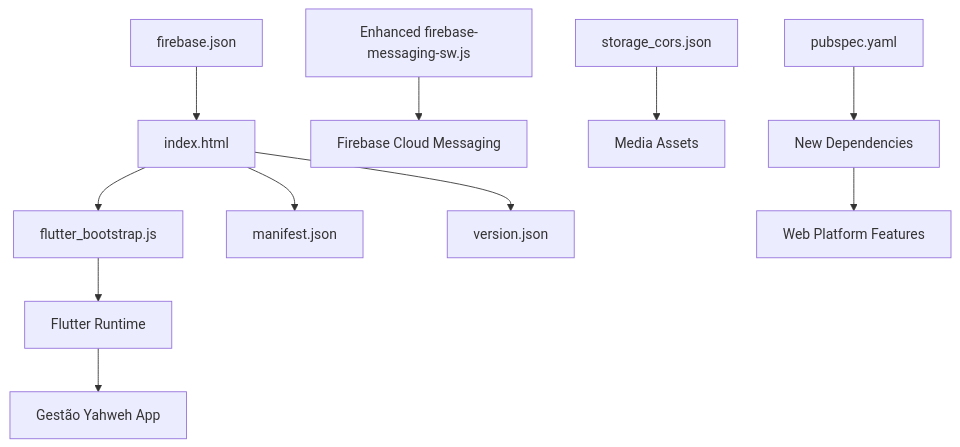
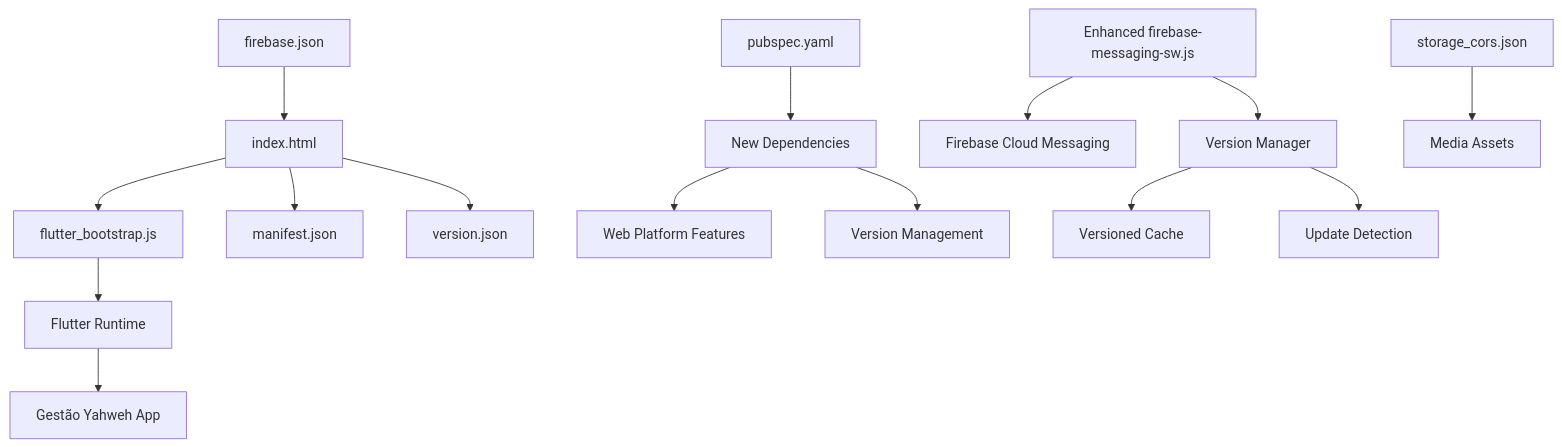
The eighth of 8 diagrams in .qoder/repowiki/en/content/Web Platform/Web Platform.md (raihom-netizen/com.gestaoyahwehios.app), drawn with Mermaid before and after one commit. The commit also changed other lines of this file and 161 other files, not shown here.

````diff
--- a/.qoder/repowiki/en/content/Web Platform/Web Platform.md
+++ b/.qoder/repowiki/en/content/Web Platform/Web Platform.md
@@ -418,13 +464,17 @@
 ```mermaid
 graph TB
 Index["index.html"] --> Bootstrap["flutter_bootstrap.js"]
 Index --> Manifest["manifest.json"]
 Index --> Version["version.json"]
 Bootstrap --> Runtime["Flutter Runtime"]
 Runtime --> App["Gestão Yahweh App"]
 SW["Enhanced firebase-messaging-sw.js"] --> FCM["Firebase Cloud Messaging"]
+SW --> VersionMgr["Version Manager"]
 Hosting["firebase.json"] --> Index
 CORS["storage_cors.json"] --> Media["Media Assets"]
 Pubspec["pubspec.yaml"] --> Dependencies["New Dependencies"]
 Dependencies --> WebFeatures["Web Platform Features"]
+Dependencies --> VersionControl["Version Management"]
+VersionMgr --> Cache["Versioned Cache"]
+VersionMgr --> Update["Update Detection"]
 ```
````
